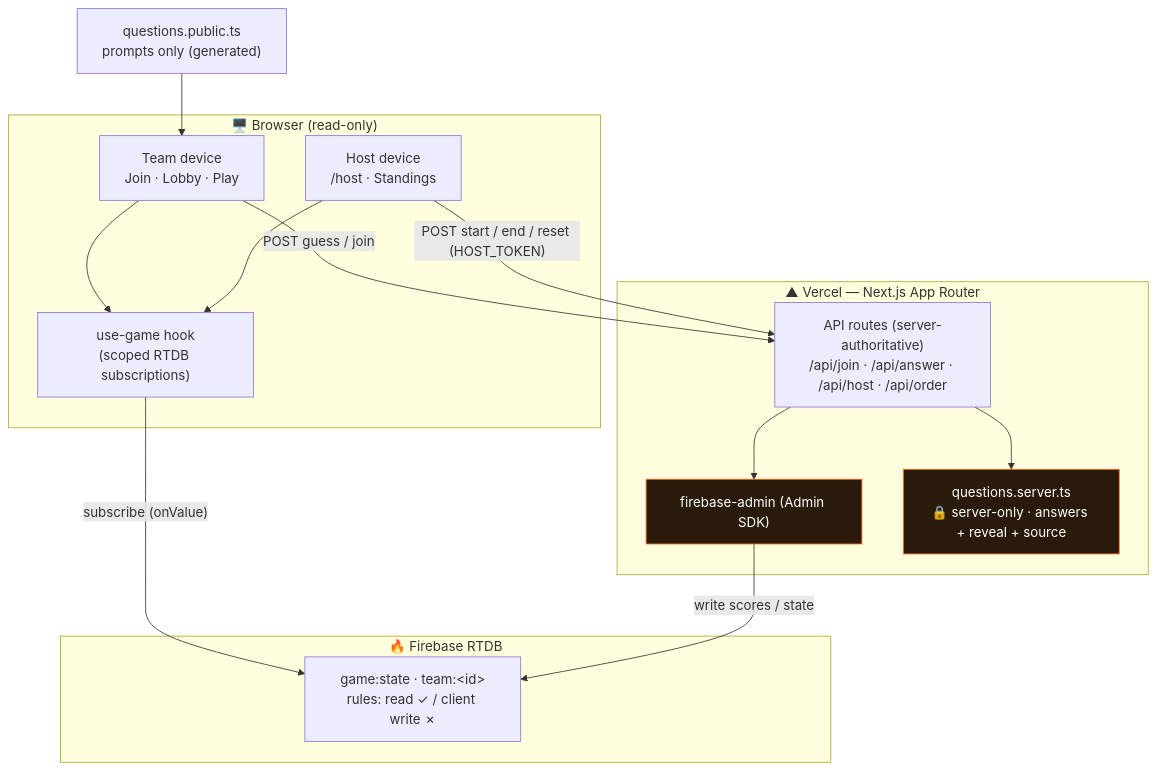
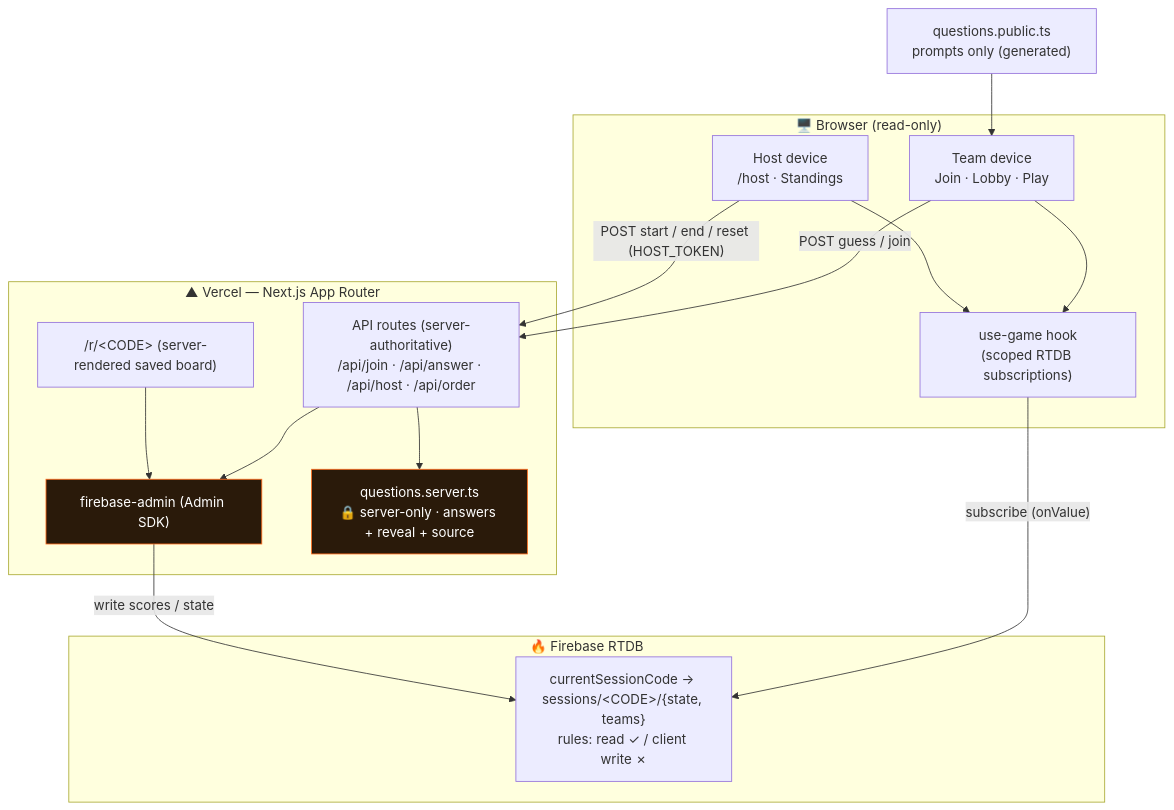
Before and after one commit to JusLarsen/spot-the-bot: the first of 3 diagrams in README.md, drawn with Mermaid. The commit also changed other lines of this file and 17 other files, not shown here.

````diff
--- a/README.md
+++ b/README.md
@@ -38,32 +41,34 @@
 ```mermaid
 graph TB
     subgraph Browser["🖥️ Browser (read-only)"]
         TeamUI["Team device<br/>Join · Lobby · Play"]
         HostUI["Host device<br/>/host · Standings"]
         Hook["use-game hook<br/>(scoped RTDB subscriptions)"]
         TeamUI --> Hook
         HostUI --> Hook
     end
 
     subgraph Vercel["▲ Vercel — Next.js App Router"]
         Routes["API routes (server-authoritative)<br/>/api/join · /api/answer · /api/host · /api/order"]
+        Results["/r/&lt;CODE&gt; (server-rendered saved board)"]
         Admin["firebase-admin (Admin SDK)"]
         ServerBank["questions.server.ts<br/>🔒 server-only · answers + reveal + source"]
         Routes --> Admin
+        Results --> Admin
         Routes --> ServerBank
     end
 
     subgraph Firebase["🔥 Firebase RTDB"]
-        DB["game:state · team:&lt;id&gt;<br/>rules: read ✓ / client write ✗"]
+        DB["currentSessionCode → sessions/&lt;CODE&gt;/{state, teams}<br/>rules: read ✓ / client write ✗"]
     end
 
     Hook -- "subscribe (onValue)" --> DB
     TeamUI -- "POST guess / join" --> Routes
     HostUI -- "POST start / end / reset (HOST_TOKEN)" --> Routes
     Admin -- "write scores / state" --> DB
 
     PublicBank["questions.public.ts<br/>prompts only (generated)"] --> TeamUI
 
     classDef secure fill:#2a1a0a,stroke:#ff6a1a,color:#fff;
     class ServerBank,Admin secure;
 ```
````
